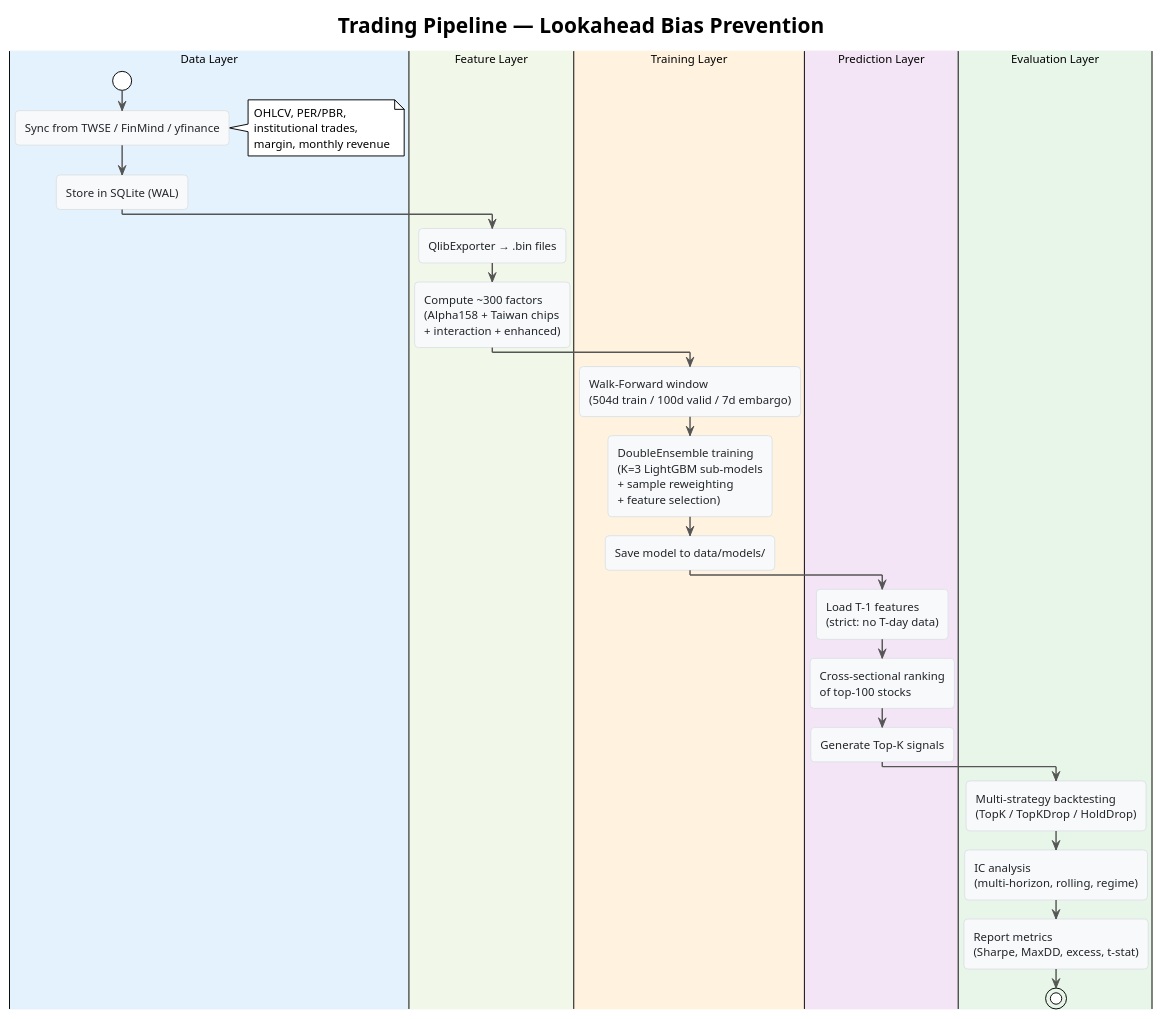
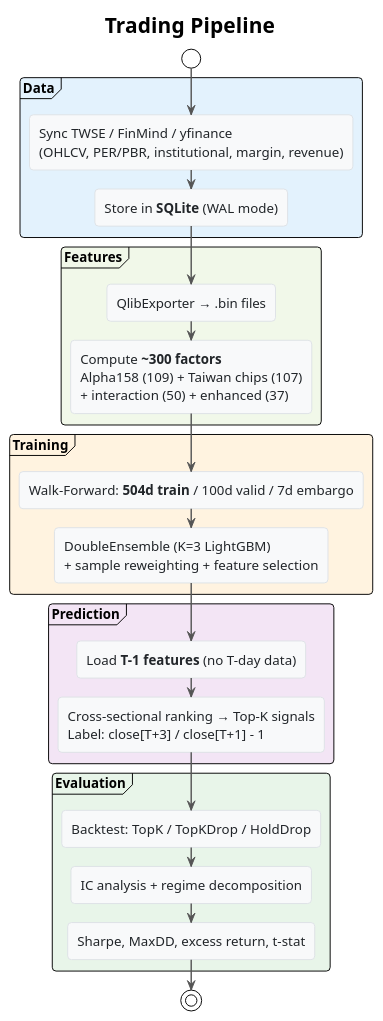
The diagram in docs/pipeline.puml (toasterman234/qlib-tw-trader), drawn with PlantUML before and after one commit. The commit also changed 3 other files, not shown here.

First line of the commit message:
docs: improve PlantUML diagram quality and readability

```diff
--- a/docs/pipeline.puml
+++ b/docs/pipeline.puml
@@ -1,62 +1,56 @@
 @startuml pipeline
 !theme plain
 skinparam backgroundColor #FFFFFF
 skinparam defaultFontName "Segoe UI"
-skinparam defaultFontSize 12
+skinparam defaultFontSize 14
 skinparam shadowing false
+skinparam roundCorner 8
 skinparam ArrowColor #555555
 skinparam ArrowThickness 1.5
-skinparam roundCorner 8
 
 skinparam activity {
   BackgroundColor #F8F9FA
   BorderColor #DEE2E6
   FontColor #212529
   DiamondBackgroundColor #FFF3CD
   DiamondBorderColor #FFCA2C
 }
 
-title Trading Pipeline — Lookahead Bias Prevention
+title Trading Pipeline
 
-|#E3F2FD| Data Layer |
 start
-:Sync from TWSE / FinMind / yfinance;
-note right
-  OHLCV, PER/PBR,
-  institutional trades,
-  margin, monthly revenue
-end note
-:Store in SQLite (WAL);
 
-|#F1F8E9| Feature Layer |
-:QlibExporter → .bin files;
-:Compute ~300 factors
-(Alpha158 + Taiwan chips
-+ interaction + enhanced);
+partition "**Data**" #E3F2FD {
+  :Sync TWSE / FinMind / yfinance
+  (OHLCV, PER/PBR, institutional, margin, revenue);
+  :Store in **SQLite** (WAL mode);
+}
 
-|#FFF3E0| Training Layer |
-:Walk-Forward window
-(504d train / 100d valid / 7d embargo);
-:DoubleEnsemble training
-(K=3 LightGBM sub-models
-+ sample reweighting
-+ feature selection);
-:Save model to data/models/;
+partition "**Features**" #F1F8E9 {
+  :QlibExporter → .bin files;
+  :Compute **~300 factors**
+  Alpha158 (109) + Taiwan chips (107)
+  + interaction (50) + enhanced (37);
+}
 
-|#F3E5F5| Prediction Layer |
-:Load T-1 features
-(strict: no T-day data);
-:Cross-sectional ranking
-of top-100 stocks;
-:Generate Top-K signals;
+partition "**Training**" #FFF3E0 {
+  :Walk-Forward: **504d train** / 100d valid / 7d embargo;
+  :DoubleEnsemble (K=3 LightGBM)
+  + sample reweighting + feature selection;
+}
 
-|#E8F5E9| Evaluation Layer |
-:Multi-strategy backtesting
-(TopK / TopKDrop / HoldDrop);
-:IC analysis
-(multi-horizon, rolling, regime);
-:Report metrics
-(Sharpe, MaxDD, excess, t-stat);
+partition "**Prediction**" #F3E5F5 {
+  :Load **T-1 features** (no T-day data);
+  :Cross-sectional ranking → Top-K signals
+  Label: close[T+3] / close[T+1] - 1;
+}
+
+partition "**Evaluation**" #E8F5E9 {
+  :Backtest: TopK / TopKDrop / HoldDrop;
+  :IC analysis + regime decomposition;
+  :Sharpe, MaxDD, excess return, t-stat;
+}
+
 stop
 
 @enduml
```
